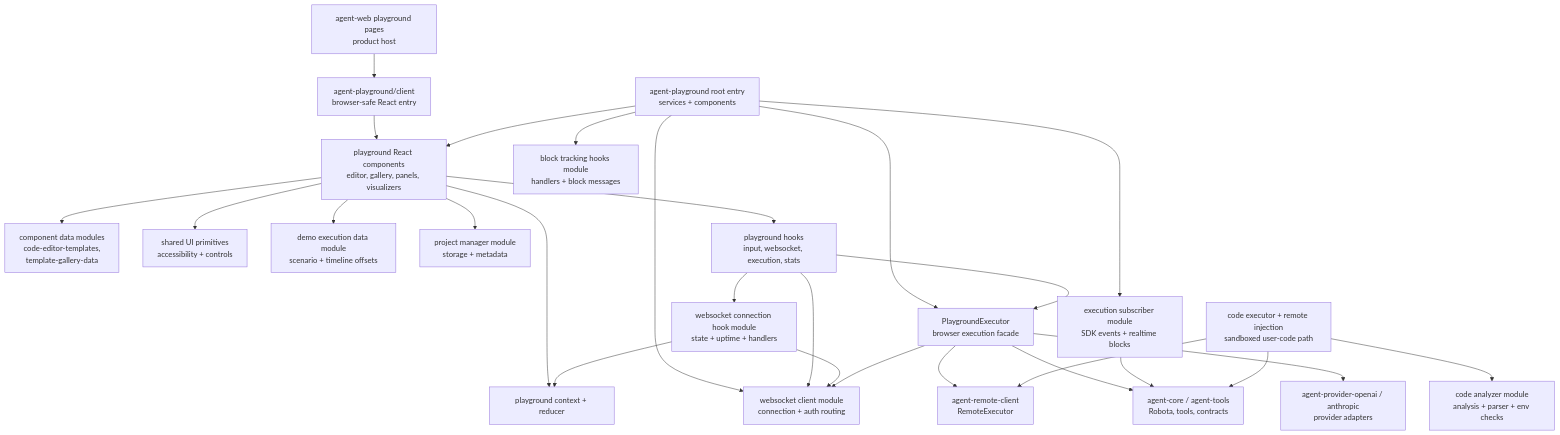
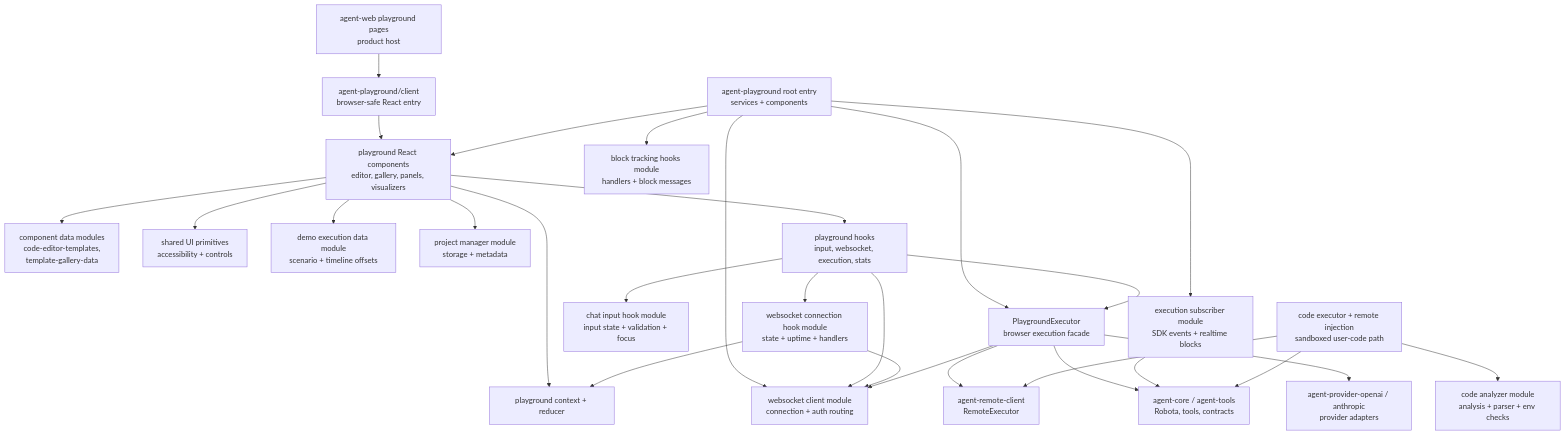
Before and after one commit to woojubb/robota: the third of 6 diagrams in .agents/specs/ARCHITECTURE-MAP.md, drawn with Mermaid. The commit also changed other lines of this file and 11 other files, not shown here.

First line of the commit message:
refactor(playground): split chat input hook

````diff
--- a/.agents/specs/ARCHITECTURE-MAP.md
+++ b/.agents/specs/ARCHITECTURE-MAP.md
@@ -121,50 +121,52 @@
 ```mermaid
 flowchart TD
   AgentWeb["agent-web playground pages\nproduct host"]
   ClientEntry["agent-playground/client\nbrowser-safe React entry"]
   RootEntry["agent-playground root entry\nservices + components"]
   Components["playground React components\neditor, gallery, panels, visualizers"]
   ComponentData["component data modules\ncode-editor-templates,\ntemplate-gallery-data"]
   UiPrimitives["shared UI primitives\naccessibility + controls"]
   DemoData["demo execution data module\nscenario + timeline offsets"]
   ProjectManager["project manager module\nstorage + metadata"]
   BlockHooks["block tracking hooks module\nhandlers + block messages"]
   ExecutionSubscriber["execution subscriber module\nSDK events + realtime blocks"]
   WebSocketClient["websocket client module\nconnection + auth routing"]
+  ChatInputHook["chat input hook module\ninput state + validation + focus"]
   WebSocketHook["websocket connection hook module\nstate + uptime + handlers"]
   Hooks["playground hooks\ninput, websocket, execution, stats"]
   Context["playground context + reducer"]
   Executor["PlaygroundExecutor\nbrowser execution facade"]
   RemoteInjection["code executor + remote injection\nsandboxed user-code path"]
   CodeAnalyzer["code analyzer module\nanalysis + parser + env checks"]
   RemoteClient["agent-remote-client\nRemoteExecutor"]
   Core["agent-core / agent-tools\nRobota, tools, contracts"]
   Providers["agent-provider-openai / anthropic\nprovider adapters"]
 
   AgentWeb --> ClientEntry
   ClientEntry --> Components
   RootEntry --> Components
   RootEntry --> Executor
   RootEntry --> BlockHooks
   RootEntry --> ExecutionSubscriber
   RootEntry --> WebSocketClient
   Components --> ComponentData
   Components --> UiPrimitives
   Components --> DemoData
   Components --> ProjectManager
   Components --> Hooks
   Components --> Context
+  Hooks --> ChatInputHook
   Hooks --> WebSocketHook
   Hooks --> Executor
   Hooks --> WebSocketClient
   WebSocketHook --> Context
   WebSocketHook --> WebSocketClient
   RemoteInjection --> CodeAnalyzer
   Executor --> WebSocketClient
   Executor --> RemoteClient
   Executor --> Core
   Executor --> Providers
   ExecutionSubscriber --> Core
   RemoteInjection --> RemoteClient
   RemoteInjection --> Core
 ```
````
